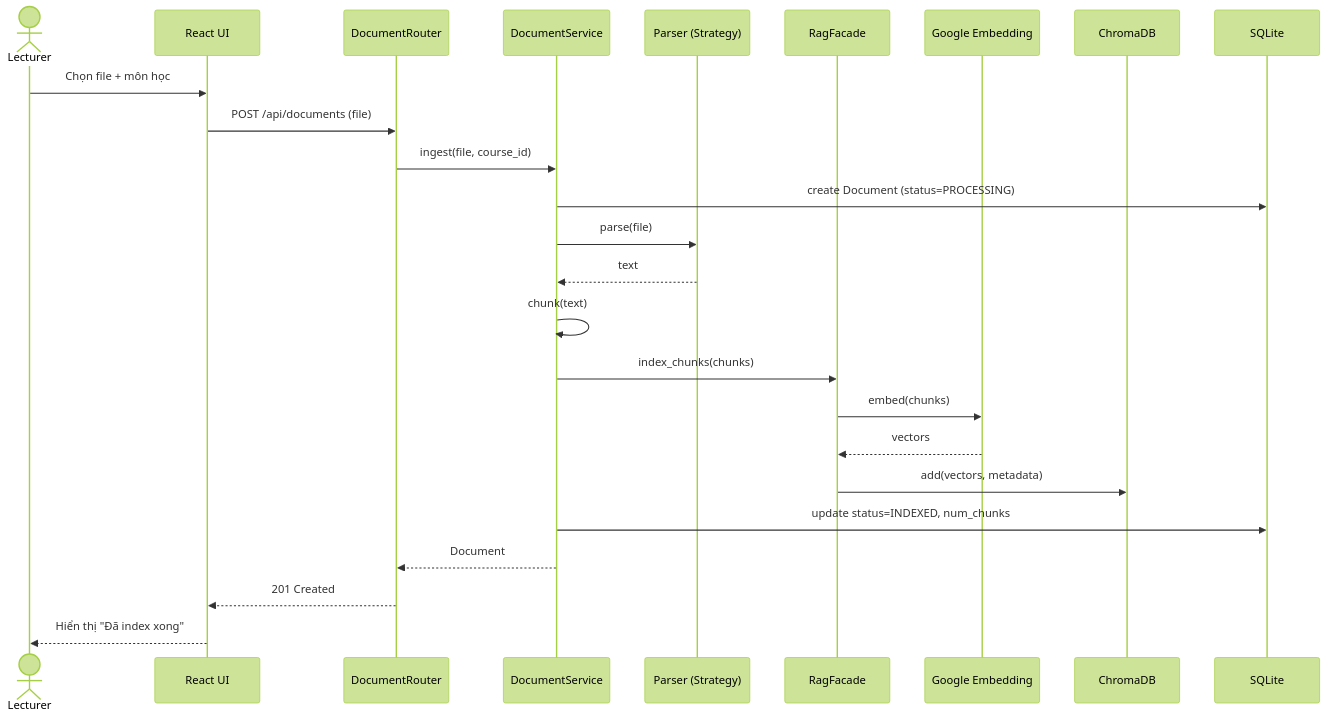
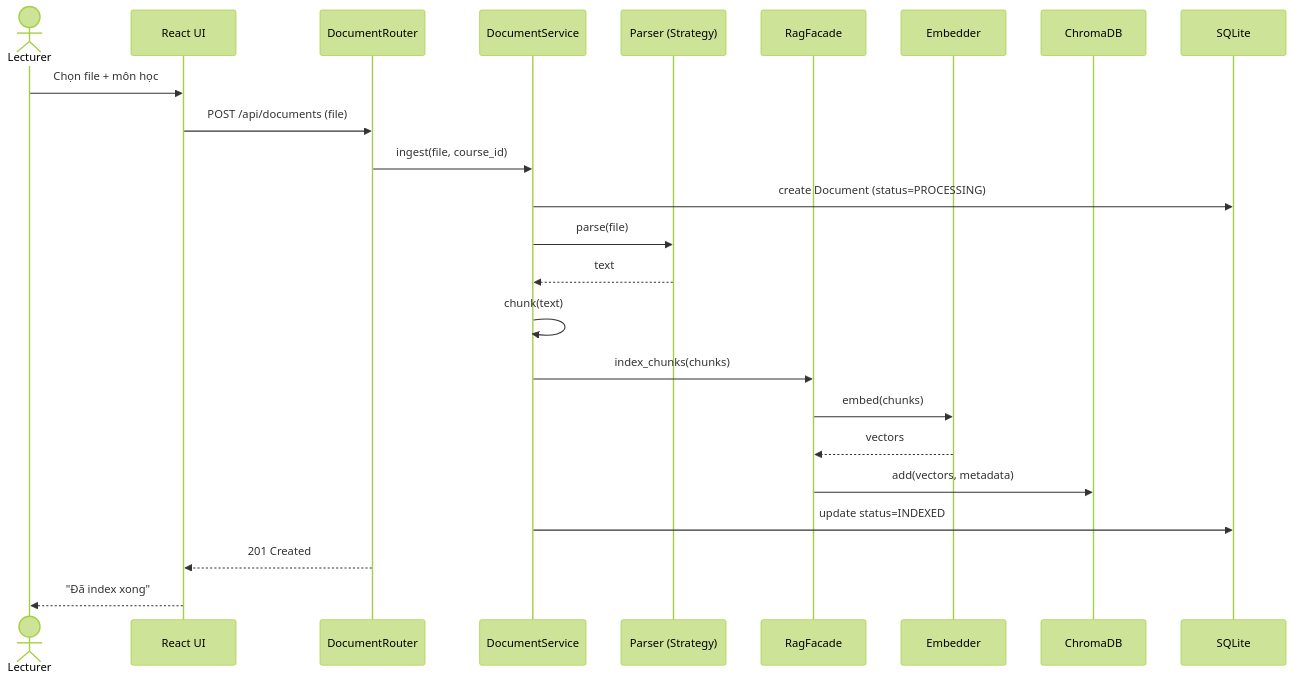
Before and after one commit to Scobydoo1/swd: the third of 8 diagrams in readme.md, drawn with Mermaid (forest theme). The commit also changed other lines of this file, not shown here.

````diff
--- a/readme.md
+++ b/readme.md
@@ -256,28 +205,27 @@
 ```mermaid
 sequenceDiagram
     actor L as Lecturer
     participant FE as React UI
     participant R as DocumentRouter
     participant S as DocumentService
     participant P as Parser (Strategy)
     participant RAG as RagFacade
-    participant E as Google Embedding
+    participant E as Embedder
     participant C as ChromaDB
     participant DB as SQLite
 
     L->>FE: Chọn file + môn học
     FE->>R: POST /api/documents (file)
     R->>S: ingest(file, course_id)
     S->>DB: create Document (status=PROCESSING)
     S->>P: parse(file)
     P-->>S: text
     S->>S: chunk(text)
     S->>RAG: index_chunks(chunks)
     RAG->>E: embed(chunks)
     E-->>RAG: vectors
     RAG->>C: add(vectors, metadata)
-    S->>DB: update status=INDEXED, num_chunks
-    S-->>R: Document
+    S->>DB: update status=INDEXED
     R-->>FE: 201 Created
-    FE-->>L: Hiển thị "Đã index xong"
+    FE-->>L: "Đã index xong"
 ```
````
